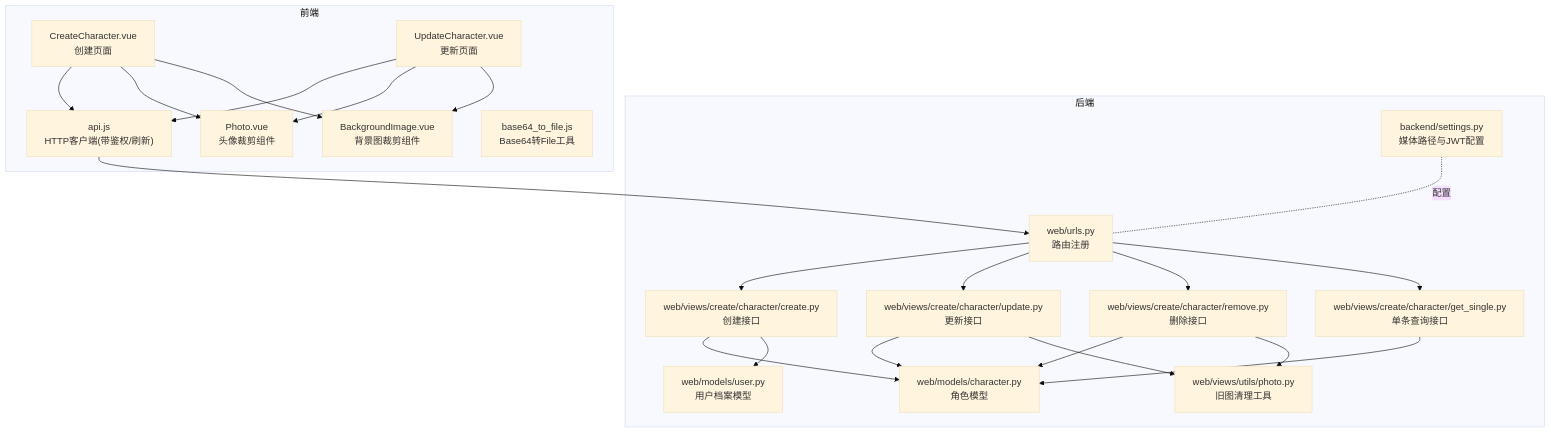
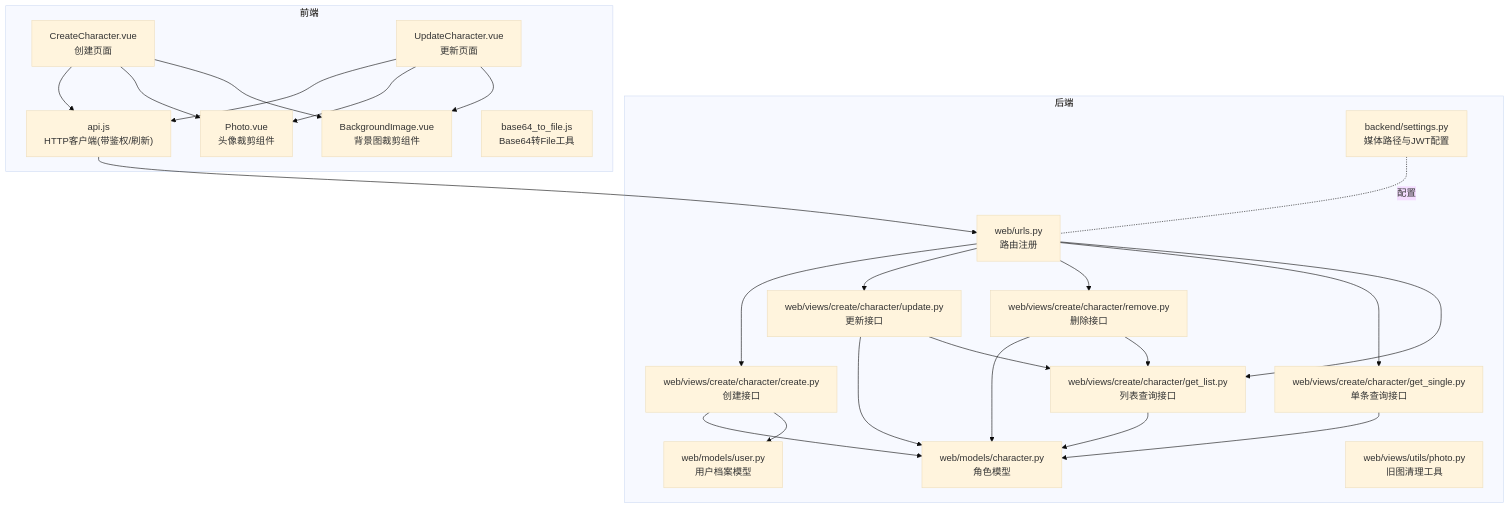
One commit to Blaipchi/LLM_AIfriends changed the first of 8 diagrams in .qoder/repowiki/zh/content/API接口文档/角色管理API.md. Above: the diagram before and after it, drawn with Mermaid (base theme). The commit also changed other lines of this file and 13 other files, not shown here.

````diff
--- a/.qoder/repowiki/zh/content/API接口文档/角色管理API.md
+++ b/.qoder/repowiki/zh/content/API接口文档/角色管理API.md
@@ -40,41 +41,44 @@
 ```mermaid
 graph TB
 subgraph "后端"
 A["web/models/character.py<br/>角色模型"]
 B["web/models/user.py<br/>用户档案模型"]
 C["web/views/create/character/create.py<br/>创建接口"]
 D["web/views/create/character/update.py<br/>更新接口"]
 E["web/views/create/character/remove.py<br/>删除接口"]
 F["web/views/create/character/get_single.py<br/>单条查询接口"]
-G["web/views/utils/photo.py<br/>旧图清理工具"]
-H["web/urls.py<br/>路由注册"]
-I["backend/settings.py<br/>媒体路径与JWT配置"]
+G["web/views/create/character/get_list.py<br/>列表查询接口"]
+H["web/views/utils/photo.py<br/>旧图清理工具"]
+I["web/urls.py<br/>路由注册"]
+J["backend/settings.py<br/>媒体路径与JWT配置"]
 end
 subgraph "前端"
-J["CreateCharacter.vue<br/>创建页面"]
-K["UpdateCharacter.vue<br/>更新页面"]
-L["Photo.vue<br/>头像裁剪组件"]
-M["BackgroundImage.vue<br/>背景图裁剪组件"]
-N["api.js<br/>HTTP客户端(带鉴权/刷新)"]
-O["base64_to_file.js<br/>Base64转File工具"]
+K["CreateCharacter.vue<br/>创建页面"]
+L["UpdateCharacter.vue<br/>更新页面"]
+M["Photo.vue<br/>头像裁剪组件"]
+N["BackgroundImage.vue<br/>背景图裁剪组件"]
+O["api.js<br/>HTTP客户端(带鉴权/刷新)"]
+P["base64_to_file.js<br/>Base64转File工具"]
 end
-J --> N
+K --> O
+L --> O
+K --> M
 K --> N
-J --> L
-J --> M
-K --> L
-K --> M
-N --> H
-H --> C
-H --> D
-H --> E
-H --> F
+L --> M
+L --> N
+O --> I
+I --> C
+I --> D
+I --> E
+I --> F
+I --> G
 C --> A
 D --> A
 E --> A
 F --> A
+G --> A
 C --> B
 D --> G
 E --> G
-I -. 配置 .- H
+J -. 配置 .- I
 ```
````
